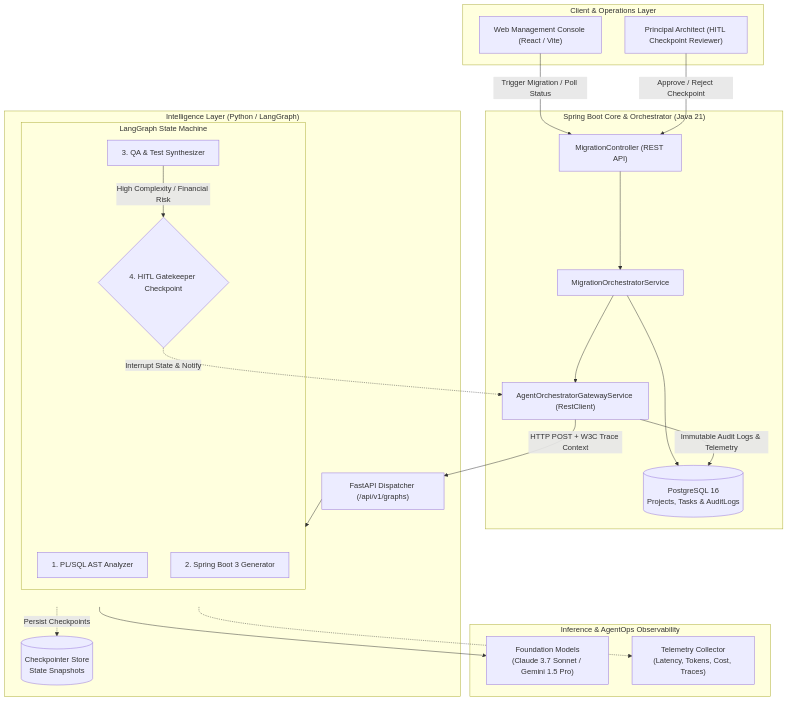
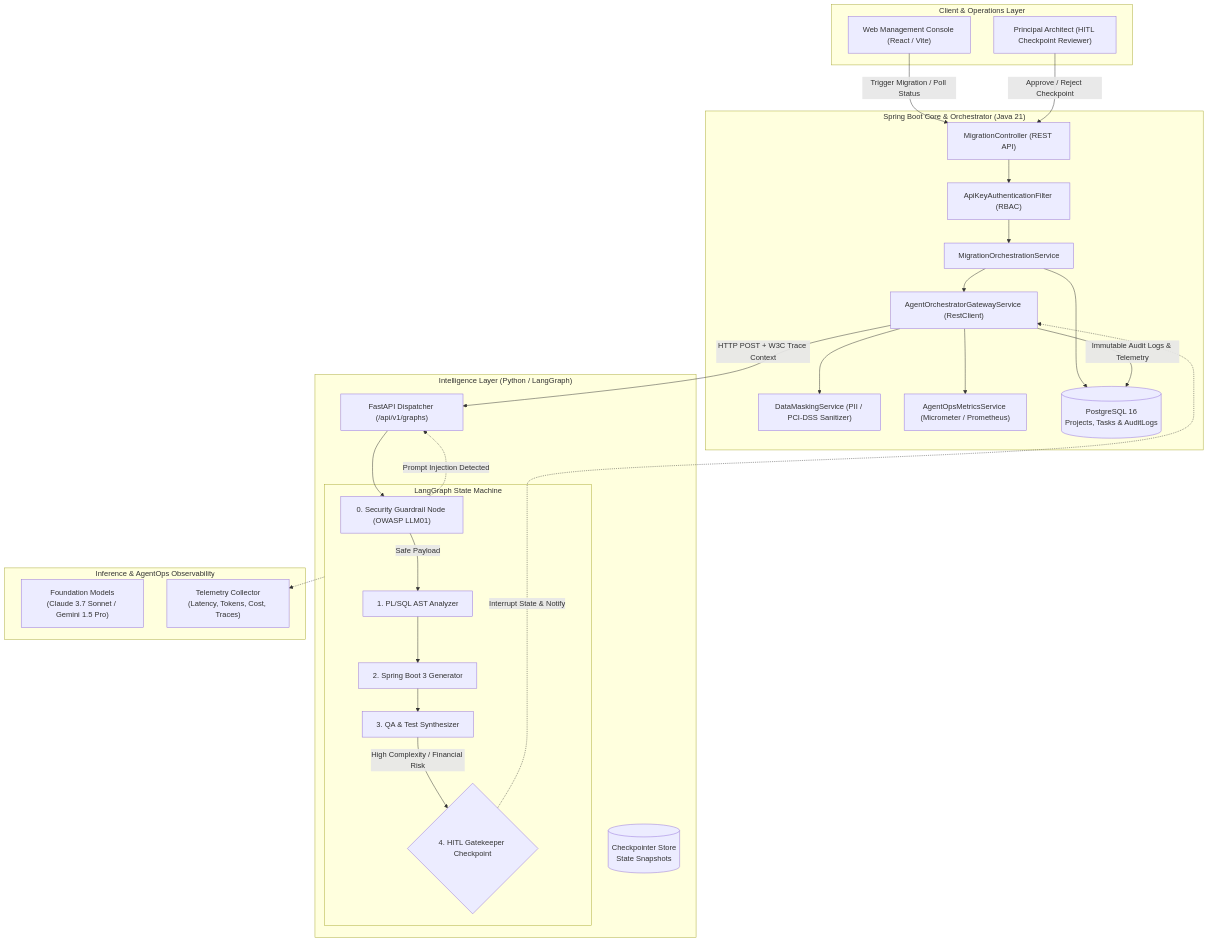
One commit to ggonzalez36/Agentic-Migration-plataform changed the diagram in README.md. Above: the diagram before and after it, drawn with Mermaid. The commit also changed other lines of this file and 24 other files, not shown here.

````diff
--- a/README.md
+++ b/README.md
@@ -11,44 +11,53 @@
 ```mermaid
 flowchart TD
     subgraph ClientLayer ["Client & Operations Layer"]
         WebUI["Web Management Console (React / Vite)"]
         LeadArch["Principal Architect (HITL Checkpoint Reviewer)"]
     end
 
     subgraph CoreOrchestrator ["Spring Boot Core & Orchestrator (Java 21)"]
         RESTCtrl["MigrationController (REST API)"]
-        DomainService["MigrationOrchestratorService"]
+        SecFilter["ApiKeyAuthenticationFilter (RBAC)"]
+        DataMask["DataMaskingService (PII / PCI-DSS Sanitizer)"]
+        DomainService["MigrationOrchestrationService"]
         Gateway["AgentOrchestratorGatewayService (RestClient)"]
+        Metrics["AgentOpsMetricsService (Micrometer / Prometheus)"]
         Postgres[(PostgreSQL 16\nProjects, Tasks & AuditLogs)]
     end
 
     subgraph AgentEngine ["Intelligence Layer (Python / LangGraph)"]
         FastAPI["FastAPI Dispatcher (/api/v1/graphs)"]
         subgraph GraphTopology ["LangGraph State Machine"]
+            Guardrail["0. Security Guardrail Node (OWASP LLM01)"]
             Node1["1. PL/SQL AST Analyzer"]
             Node2["2. Spring Boot 3 Generator"]
             Node3["3. QA & Test Synthesizer"]
             Node4{"4. HITL Gatekeeper Checkpoint"}
         end
         LangGraphStore[(Checkpointer Store\nState Snapshots)]
     end
 
     subgraph LLMProviders ["Inference & AgentOps Observability"]
         LLM["Foundation Models\n(Claude 3.7 Sonnet / Gemini 1.5 Pro)"]
         AgentOpsTrace["Telemetry Collector\n(Latency, Tokens, Cost, Traces)"]
     end
 
     WebUI -->|Trigger Migration / Poll Status| RESTCtrl
-    RESTCtrl --> DomainService
+    RESTCtrl --> SecFilter
+    SecFilter --> DomainService
     DomainService --> Postgres
     DomainService --> Gateway
+    Gateway --> DataMask
+    Gateway --> Metrics
     Gateway -->|HTTP POST + W3C Trace Context| FastAPI
-    FastAPI --> GraphTopology
-    GraphTopology --> LLM
-    GraphTopology -.->|Persist Checkpoints| LangGraphStore
+    FastAPI --> Guardrail
+    Guardrail -->|Safe Payload| Node1
+    Guardrail -.->|Prompt Injection Detected| FastAPI
+    Node1 --> Node2
+    Node2 --> Node3
     Node3 -->|High Complexity / Financial Risk| Node4
     Node4 -.->|Interrupt State & Notify| Gateway
     LeadArch -->|Approve / Reject Checkpoint| RESTCtrl
     Gateway -->|Immutable Audit Logs & Telemetry| Postgres
     GraphTopology -.-> AgentOpsTrace
 ```
````
